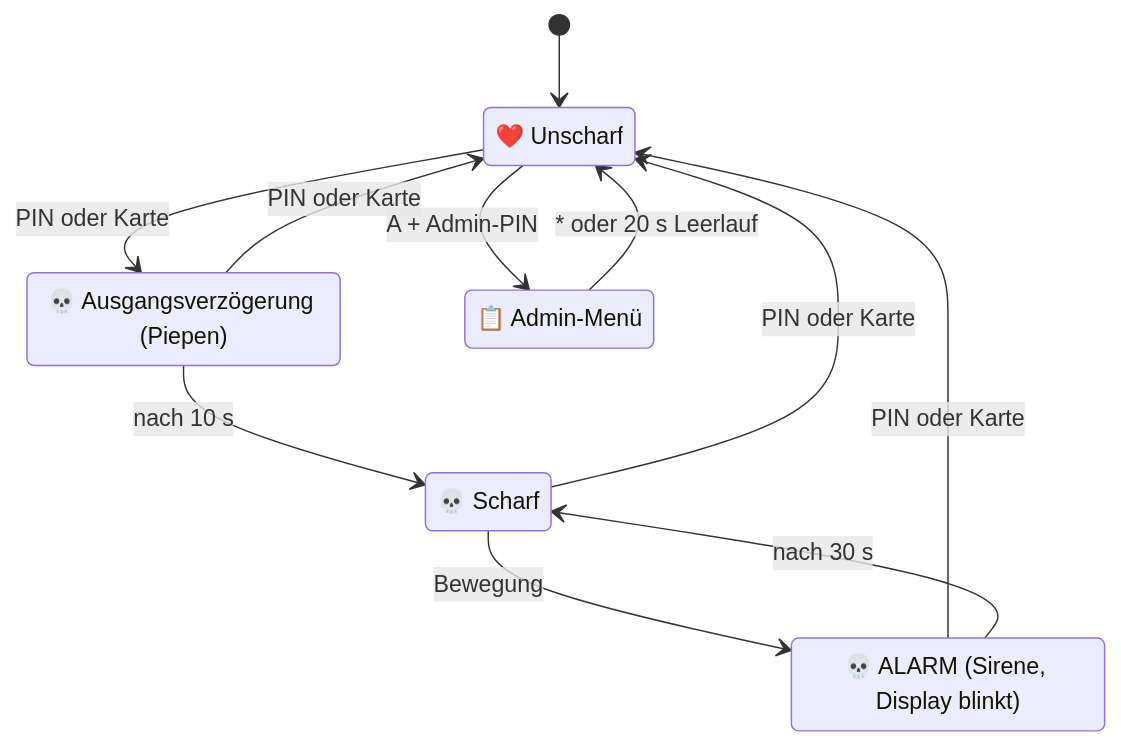
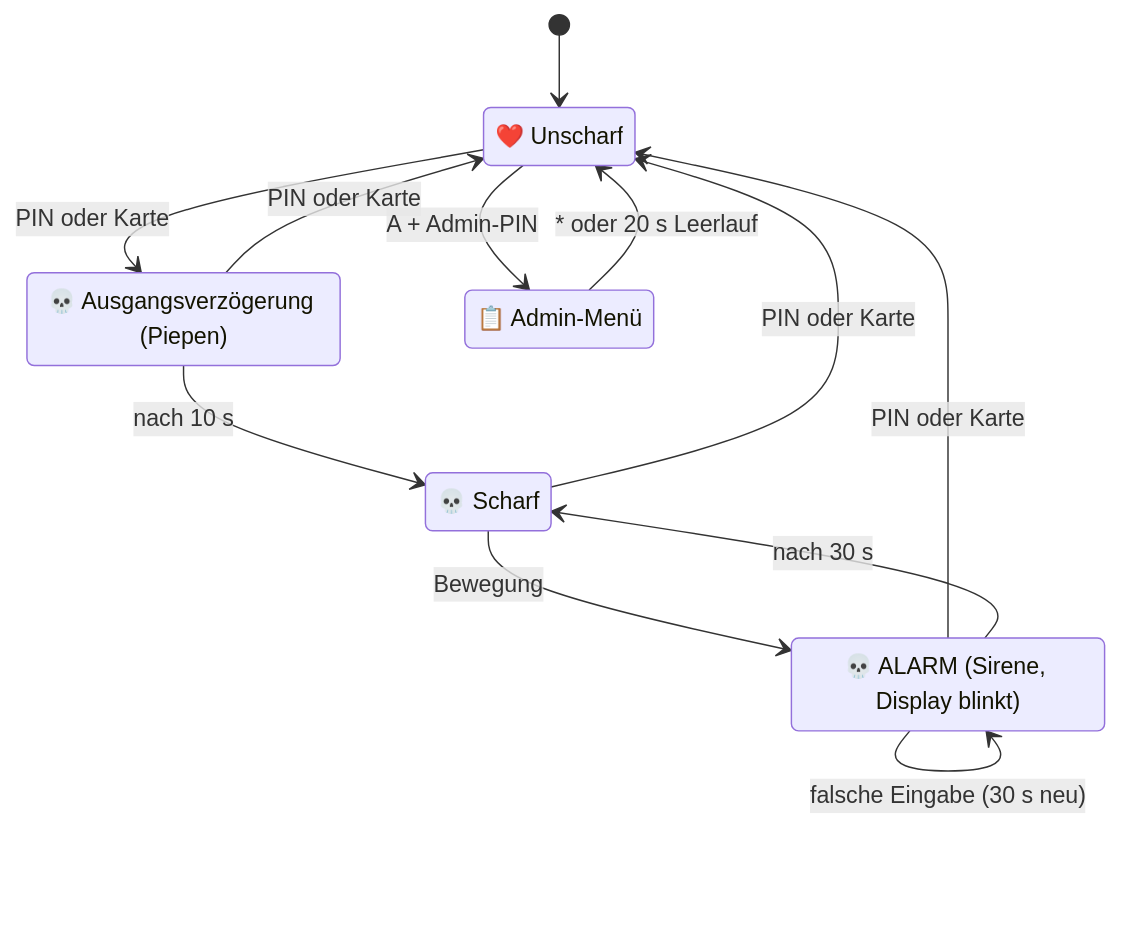
Before and after one commit to BBZ-AIFS51/LF7-Projekt_GAS: the first of 2 diagrams in wiki/Funktionsbeschreibung.md, drawn with Mermaid. The commit also changed other lines of this file and 12 other files, not shown here.

````diff
--- a/wiki/Funktionsbeschreibung.md
+++ b/wiki/Funktionsbeschreibung.md
@@ -44,19 +44,20 @@
 ```mermaid
 stateDiagram-v2
     [*] --> Unscharf
     Unscharf --> Ausgangsverzögerung: PIN oder Karte
     Ausgangsverzögerung --> Scharf: nach 10 s
     Ausgangsverzögerung --> Unscharf: PIN oder Karte
     Scharf --> Alarm: Bewegung
     Scharf --> Unscharf: PIN oder Karte
     Alarm --> Unscharf: PIN oder Karte
     Alarm --> Scharf: nach 30 s
+    Alarm --> Alarm: falsche Eingabe (30 s neu)
     Unscharf --> Admin: A + Admin-PIN
     Admin --> Unscharf: * oder 20 s Leerlauf
 
     Unscharf: ❤️ Unscharf
     Ausgangsverzögerung: 💀 Ausgangsverzögerung (Piepen)
     Scharf: 💀 Scharf
     Alarm: 💀 ALARM (Sirene, Display blinkt)
     Admin: 📋 Admin-Menü
 ```
````
